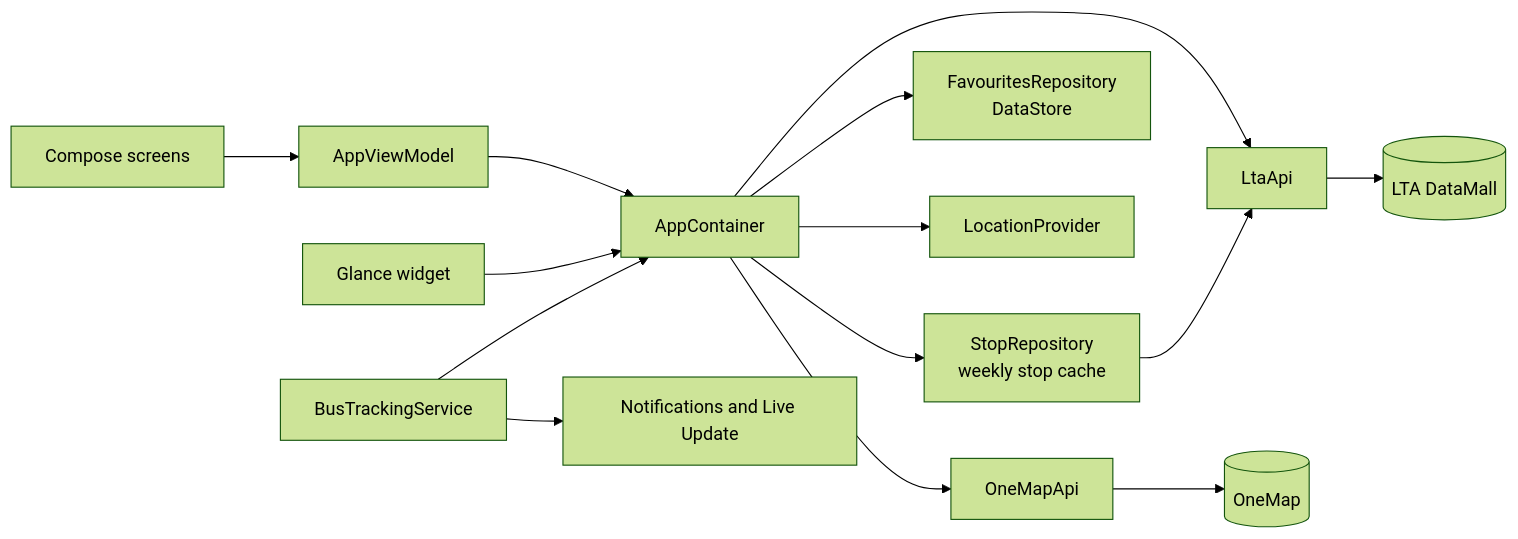
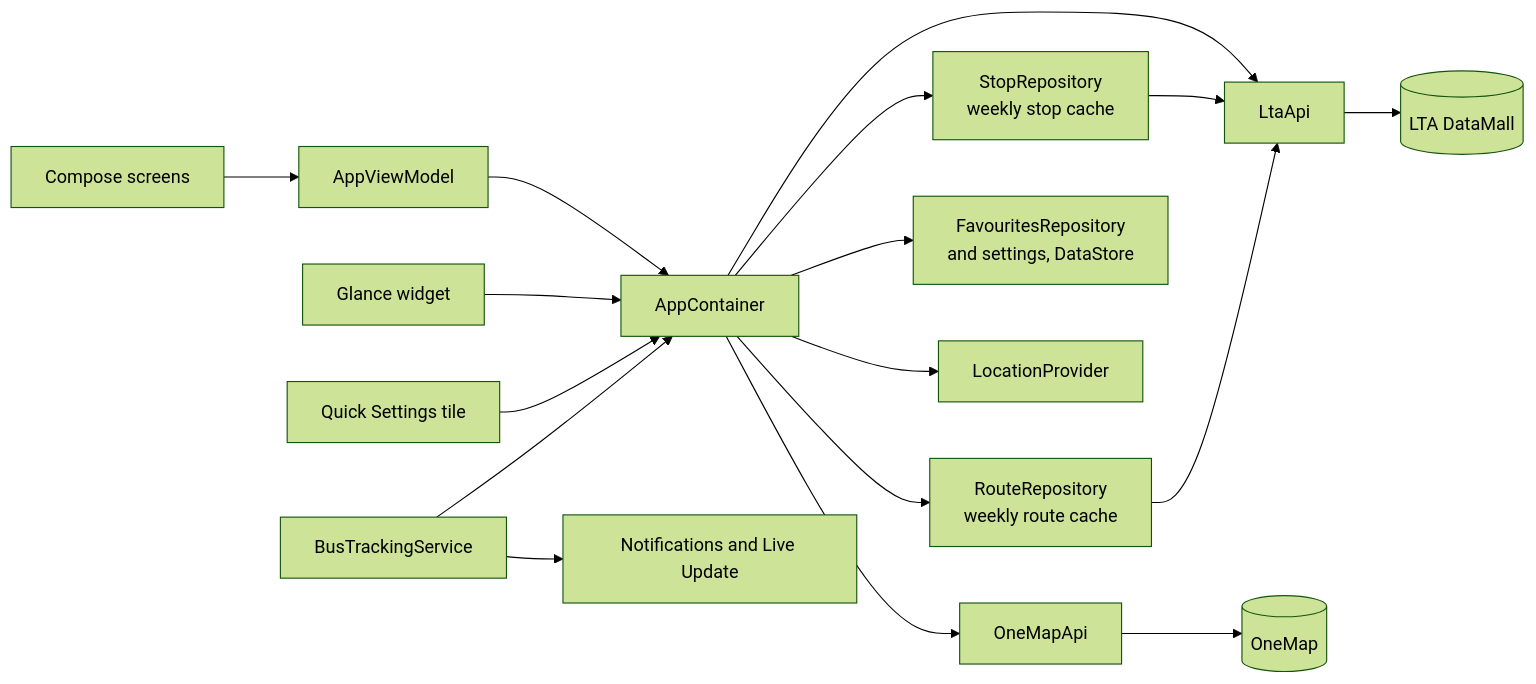
One commit to hoshinoht/tsugi changed the diagram in README.md. Above: the diagram before and after it, drawn with Mermaid (forest theme). The commit also changed other lines of this file and 5 other files, not shown here.

````diff
--- a/README.md
+++ b/README.md
@@ -66,14 +77,17 @@
 ```mermaid
 flowchart LR
     UI[Compose screens] --> VM[AppViewModel]
     VM --> C[AppContainer]
     W[Glance widget] --> C
+    Q[Quick Settings tile] --> C
     T[BusTrackingService] --> C
     C --> S[StopRepository<br/>weekly stop cache]
-    C --> F[FavouritesRepository<br/>DataStore]
+    C --> R[RouteRepository<br/>weekly route cache]
+    C --> F[FavouritesRepository<br/>and settings, DataStore]
     C --> L[LocationProvider]
     C --> LTA[LtaApi] --> DM[(LTA DataMall)]
     C --> OM[OneMapApi] --> OMS[(OneMap)]
     S --> LTA
+    R --> LTA
     T --> N[Notifications and Live Update]
 ```
````
